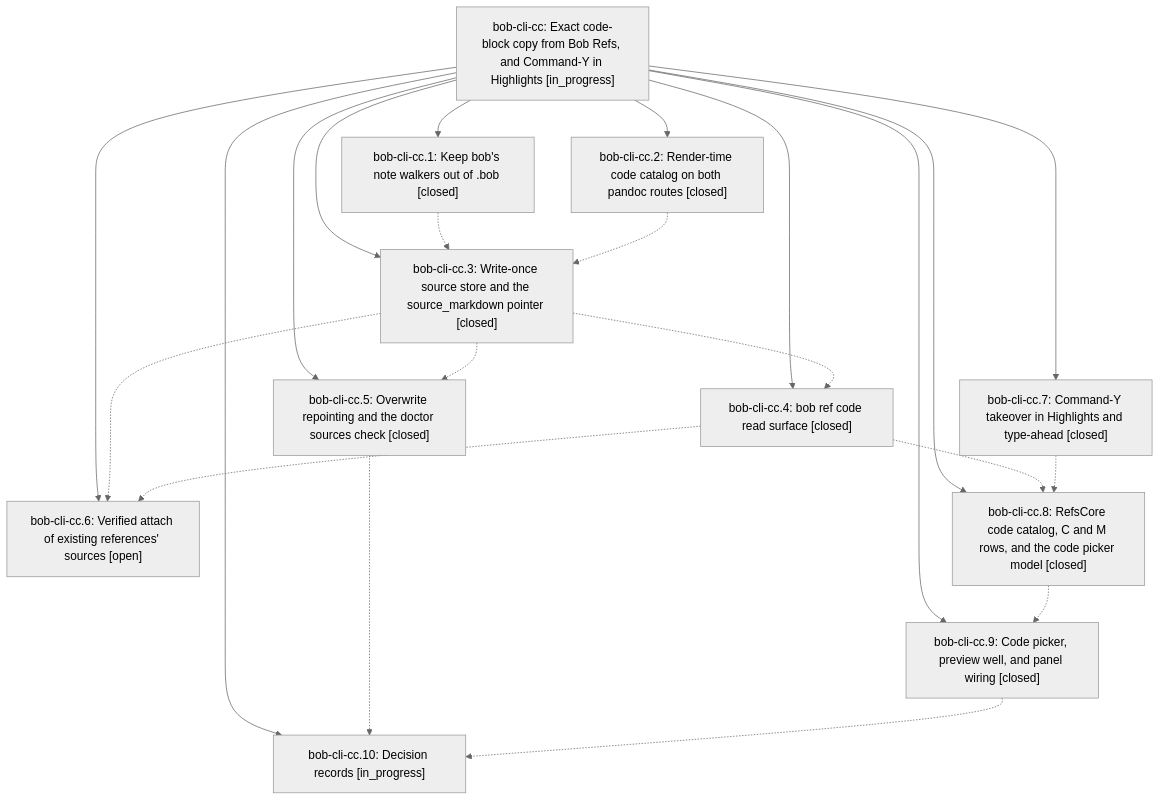
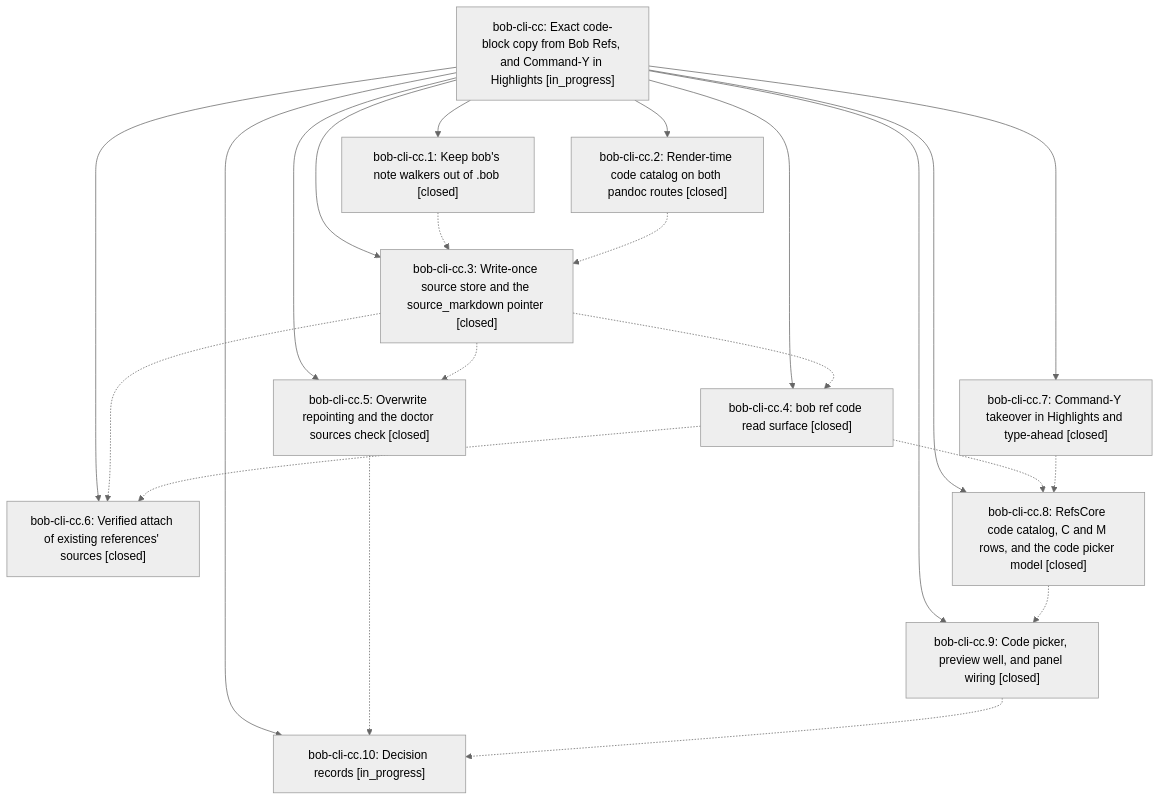
Before and after one commit to bobs-org/bob-cli--beads: the diagram in pages/bob-cli-cc/README.md, drawn with Mermaid (neutral theme). The commit also changed other lines of this file and 6 other files, not shown here.

First line of the commit message:
chore(beads): sync bead state and pages for bob-cli-cc

````diff
--- a/pages/bob-cli-cc/README.md
+++ b/pages/bob-cli-cc/README.md
@@ -66,35 +68,35 @@
 ```mermaid
 flowchart TD
     n0["bob-cli-cc: Exact code-block copy from Bob Refs, and Command-Y in Highlights [in_progress]"]
     n1["bob-cli-cc.1: Keep bob's note walkers out of .bob [closed]"]
     n2["bob-cli-cc.10: Decision records [in_progress]"]
     n3["bob-cli-cc.2: Render-time code catalog on both pandoc routes [closed]"]
     n4["bob-cli-cc.3: Write-once source store and the source_markdown pointer [closed]"]
     n5["bob-cli-cc.4: bob ref code read surface [closed]"]
     n6["bob-cli-cc.5: Overwrite repointing and the doctor sources check [closed]"]
-    n7["bob-cli-cc.6: Verified attach of existing references' sources [open]"]
+    n7["bob-cli-cc.6: Verified attach of existing references' sources [closed]"]
     n8["bob-cli-cc.7: Command-Y takeover in Highlights and type-ahead [closed]"]
     n9["bob-cli-cc.8: RefsCore code catalog, C and M rows, and the code picker model [closed]"]
     n10["bob-cli-cc.9: Code picker, preview well, and panel wiring [closed]"]
     n0 --> n1
     n0 --> n2
     n0 --> n3
     n0 --> n4
     n0 --> n5
     n0 --> n6
     n0 --> n7
     n0 --> n8
     n0 --> n9
     n0 --> n10
     n1 -.-> n4
     n3 -.-> n4
     n4 -.-> n5
     n4 -.-> n6
     n4 -.-> n7
     n5 -.-> n7
     n5 -.-> n9
     n6 -.-> n2
     n8 -.-> n9
     n9 -.-> n10
     n10 -.-> n2
 ```
````
